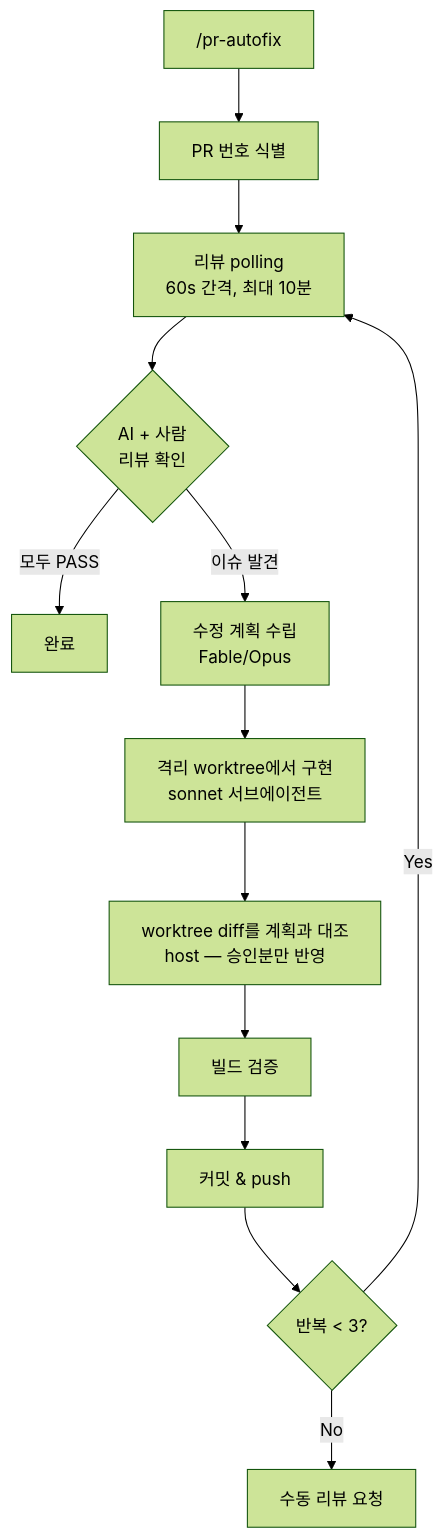
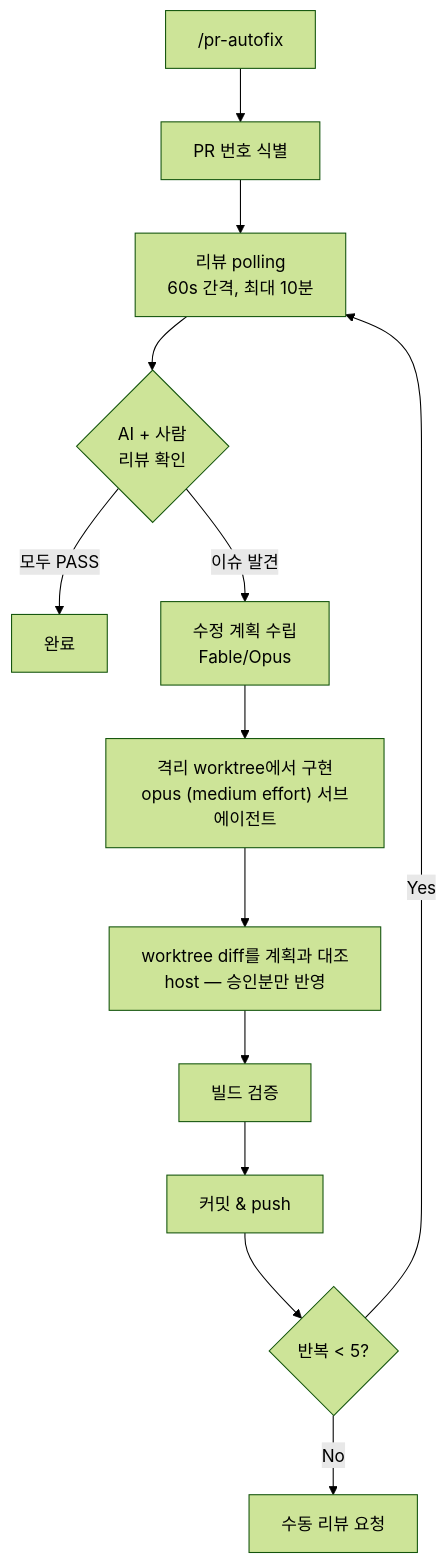
Before and after one commit to Atom-oh/oh-my-cloud-skills: the diagram in doc-sites/docs/project-init/skills/pr-autofix.md, drawn with Mermaid (forest theme). The commit also changed other lines of this file and 64 other files, not shown here.

First line of the commit message:
fix(kiro): agent hook schema + agent effort/model tiering + doc sync (#130)

````diff
--- a/doc-sites/docs/project-init/skills/pr-autofix.md
+++ b/doc-sites/docs/project-init/skills/pr-autofix.md
@@ -29,15 +30,15 @@
 ```mermaid
 flowchart TD
     A["/pr-autofix"] --> B[PR 번호 식별]
     B --> C[리뷰 polling<br/>60s 간격, 최대 10분]
     C --> D{AI + 사람<br/>리뷰 확인}
     D -->|모두 PASS| E[완료]
     D -->|이슈 발견| F[수정 계획 수립<br/>Fable/Opus]
-    F --> F2[격리 worktree에서 구현<br/>sonnet 서브에이전트]
+    F --> F2["격리 worktree에서 구현<br/>opus (medium effort) 서브에이전트"]
     F2 --> V[worktree diff를 계획과 대조<br/>host — 승인분만 반영]
     V --> G[빌드 검증]
     G --> H[커밋 & push]
-    H --> I{반복 < 3?}
+    H --> I{반복 < 5?}
     I -->|Yes| C
     I -->|No| J[수동 리뷰 요청]
 ```
````
